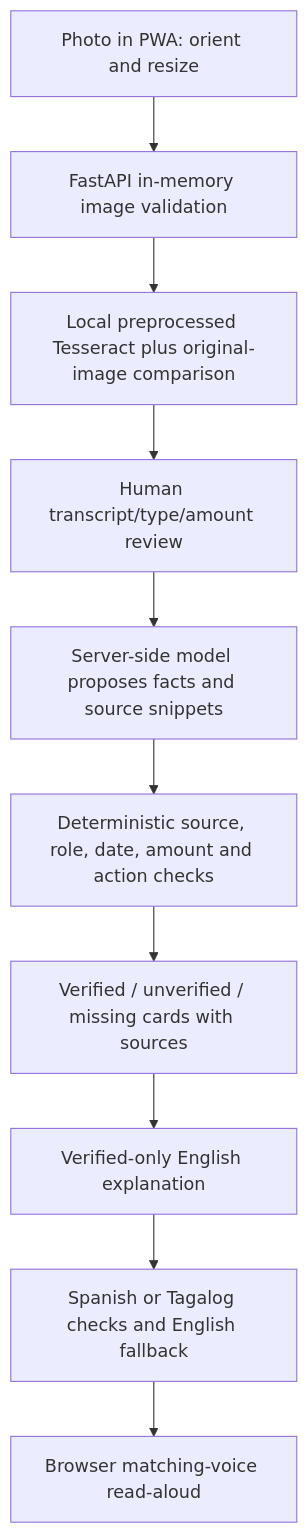
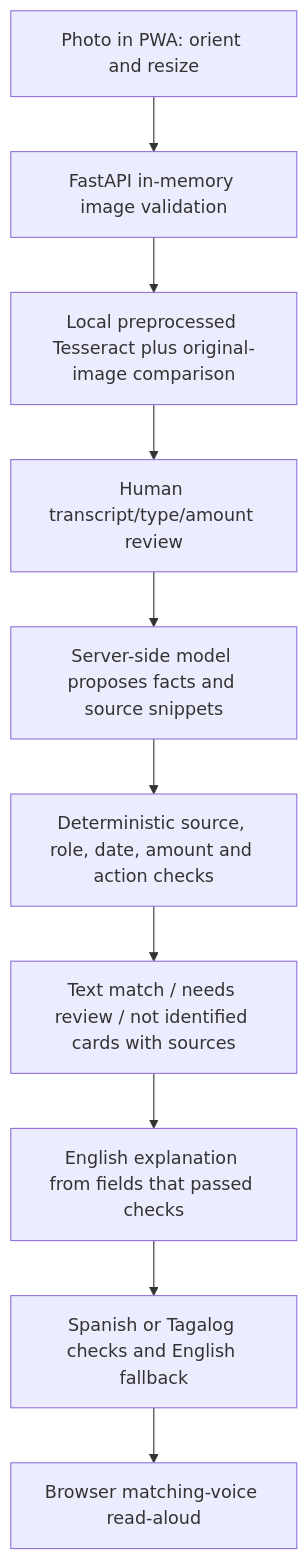
Before and after one commit to anushka-j10/congressionalApp: the diagram in README.md, drawn with Mermaid. The commit also changed other lines of this file and 21 other files, not shown here.

````diff
--- a/README.md
+++ b/README.md
@@ -39,12 +53,12 @@
 ```mermaid
 flowchart TD
     A[Photo in PWA: orient and resize] --> B[FastAPI in-memory image validation]
     B --> C[Local preprocessed Tesseract plus original-image comparison]
     C --> D[Human transcript/type/amount review]
     D --> E[Server-side model proposes facts and source snippets]
     E --> F[Deterministic source, role, date, amount and action checks]
-    F --> G[Verified / unverified / missing cards with sources]
-    G --> H[Verified-only English explanation]
+    F --> G[Text match / needs review / not identified cards with sources]
+    G --> H[English explanation from fields that passed checks]
     H --> I[Spanish or Tagalog checks and English fallback]
     I --> J[Browser matching-voice read-aloud]
 ```
````
